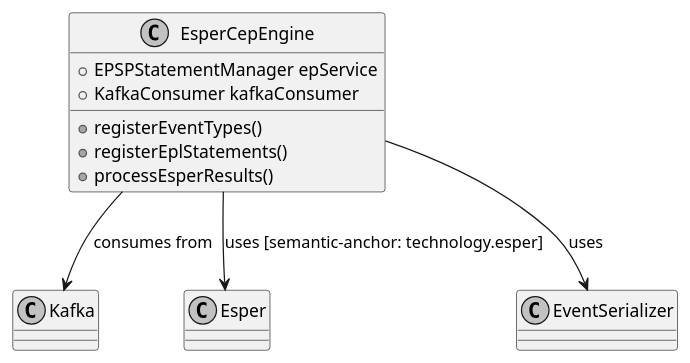
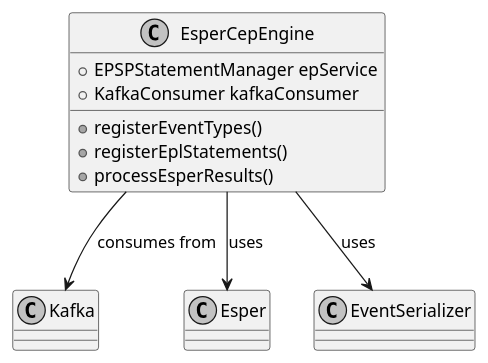
One commit to dieterbaier/event-processing-lab changed the fourth of 4 diagrams in src/docs/arc42/doc-05000-building-block-view.adoc. Above: the diagram before and after it, drawn with PlantUML. The commit also changed other lines of this file and 47 other files, not shown here.

```diff
--- a/src/docs/arc42/doc-05000-building-block-view.adoc
+++ b/src/docs/arc42/doc-05000-building-block-view.adoc
@@ -235,19 +235,19 @@
 [plantuml,esper-cep,png]
 ----
 @startuml
 skinparam monochrome true
 
 class EsperCepEngine {
     +EPSPStatementManager epService
     +KafkaConsumer kafkaConsumer
     +registerEventTypes()
     +registerEplStatements()
     +processEsperResults()
 }
 
 EsperCepEngine --> Kafka : "consumes from"
-EsperCepEngine --> Esper : "uses [semantic-anchor: technology.esper]"
+EsperCepEngine --> Esper : "uses"
 EsperCepEngine --> EventSerializer : "uses"
 
 @enduml
 ----
```
